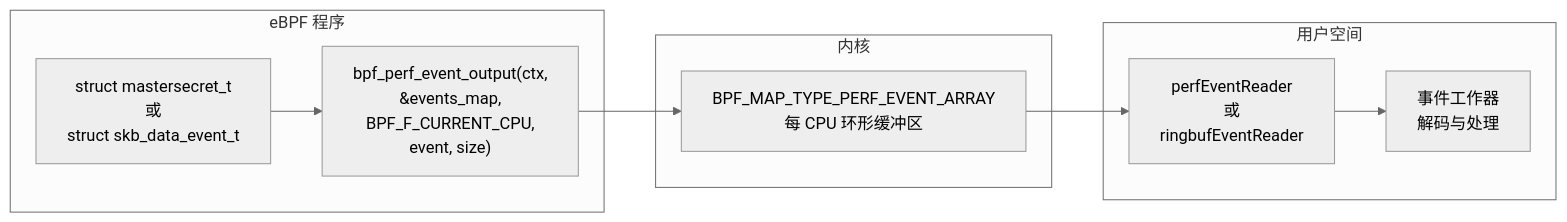
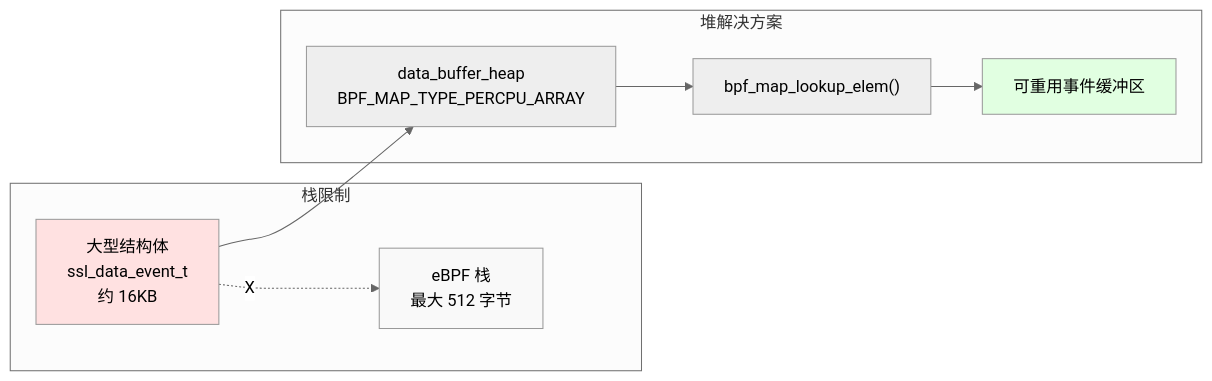
Before and after one commit to gojue/ecapture.cc: the third of 3 diagrams in src/zh/5-development-guide/5.2-ebpf-program-development.md, drawn with Mermaid (neutral theme). The commit also changed other lines of this file and 115 other files, not shown here.

````diff
--- a/src/zh/5-development-guide/5.2-ebpf-program-development.md
+++ b/src/zh/5-development-guide/5.2-ebpf-program-development.md
@@ -515,23 +133,22 @@
 ```mermaid
 graph LR
-    subgraph "eBPF 程序"
-        EVENT_STRUCT["struct mastersecret_t<br/>或<br/>struct skb_data_event_t"]
-        
-        OUTPUT_CALL["bpf_perf_event_output(ctx,<br/>&events_map,<br/>BPF_F_CURRENT_CPU,<br/>event, size)"]
+    subgraph "栈限制"
+        STACK["eBPF 栈<br/>最大 512 字节"]
+        LARGE["大型结构体<br/>ssl_data_event_t<br/>约 16KB"]
     end
     
-    subgraph "内核"
-        PERF_MAP["BPF_MAP_TYPE_PERF_EVENT_ARRAY<br/>每 CPU 环形缓冲区"]
+    subgraph "堆解决方案"
+        HEAP_MAP["data_buffer_heap<br/>BPF_MAP_TYPE_PERCPU_ARRAY"]
+        LOOKUP["bpf_map_lookup_elem()"]
+        EVENT["可重用事件缓冲区"]
     end
     
-    subgraph "用户空间"
-        READER["perfEventReader<br/>或<br/>ringbufEventReader"]
-        
-        WORKER["事件工作器<br/>解码与处理"]
-    end
+    LARGE -.X.-> STACK
+    LARGE --> HEAP_MAP
+    HEAP_MAP --> LOOKUP
+    LOOKUP --> EVENT
     
-    EVENT_STRUCT --> OUTPUT_CALL
-    OUTPUT_CALL --> PERF_MAP
-    PERF_MAP --> READER
-    READER --> WORKER
+    style STACK fill:#f9f9f9
+    style LARGE fill:#ffe1e1
+    style EVENT fill:#e1ffe1
 ```
````
